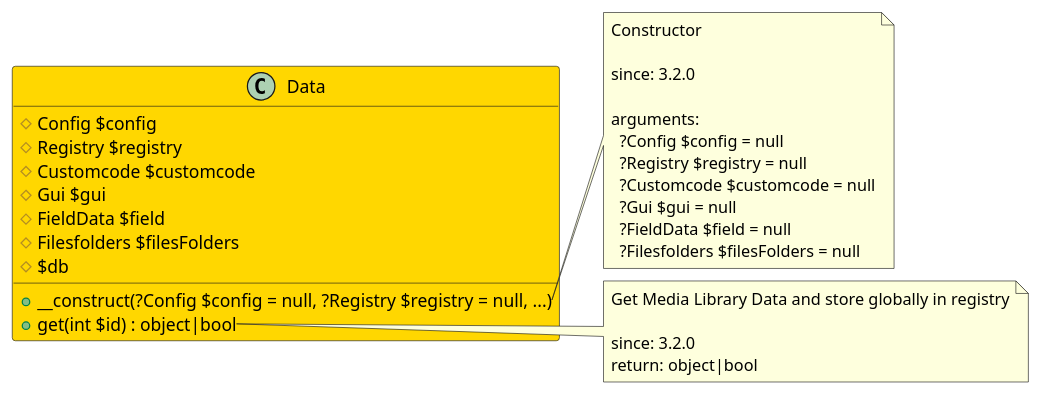
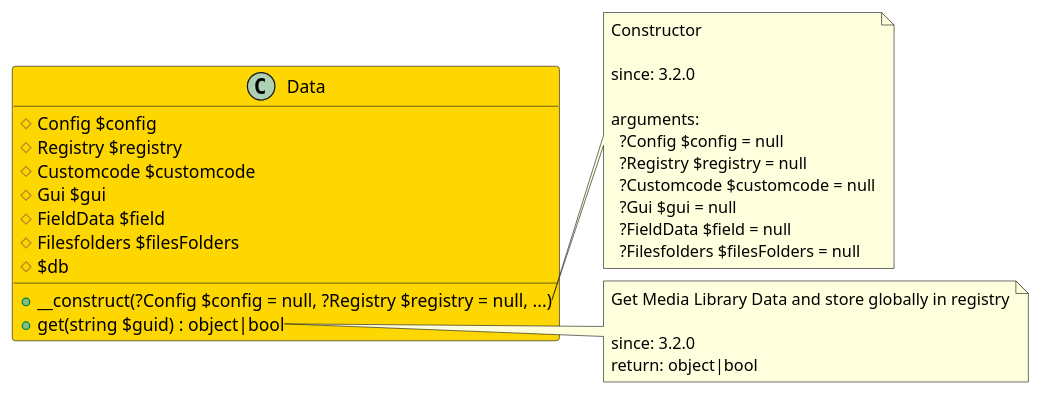
Before and after one commit to joomengine/jcb-compiler: the diagram in src/7175c1cd-2071-4cd7-b499-23881e168c3f/README.md, drawn with PlantUML. The commit also changed 558 other files, not shown here.

````diff
--- a/src/7175c1cd-2071-4cd7-b499-23881e168c3f/README.md
+++ b/src/7175c1cd-2071-4cd7-b499-23881e168c3f/README.md
@@ -12,37 +12,37 @@
 ```uml
 @startuml
 class Data  #Gold {
   # Config $config
   # Registry $registry
   # Customcode $customcode
   # Gui $gui
   # FieldData $field
   # Filesfolders $filesFolders
   # $db
   + __construct(?Config $config = null, ?Registry $registry = null, ...)
-  + get(int $id) : object|bool
+  + get(string $guid) : object|bool
 }
 
 note right of Data::__construct
   Constructor
 
   since: 3.2.0
   
   arguments:
     ?Config $config = null
     ?Registry $registry = null
     ?Customcode $customcode = null
     ?Gui $gui = null
     ?FieldData $field = null
     ?Filesfolders $filesFolders = null
 end note
 
 note right of Data::get
   Get Media Library Data and store globally in registry
 
   since: 3.2.0
   return: object|bool
 end note
  
 @enduml
 ```
````
